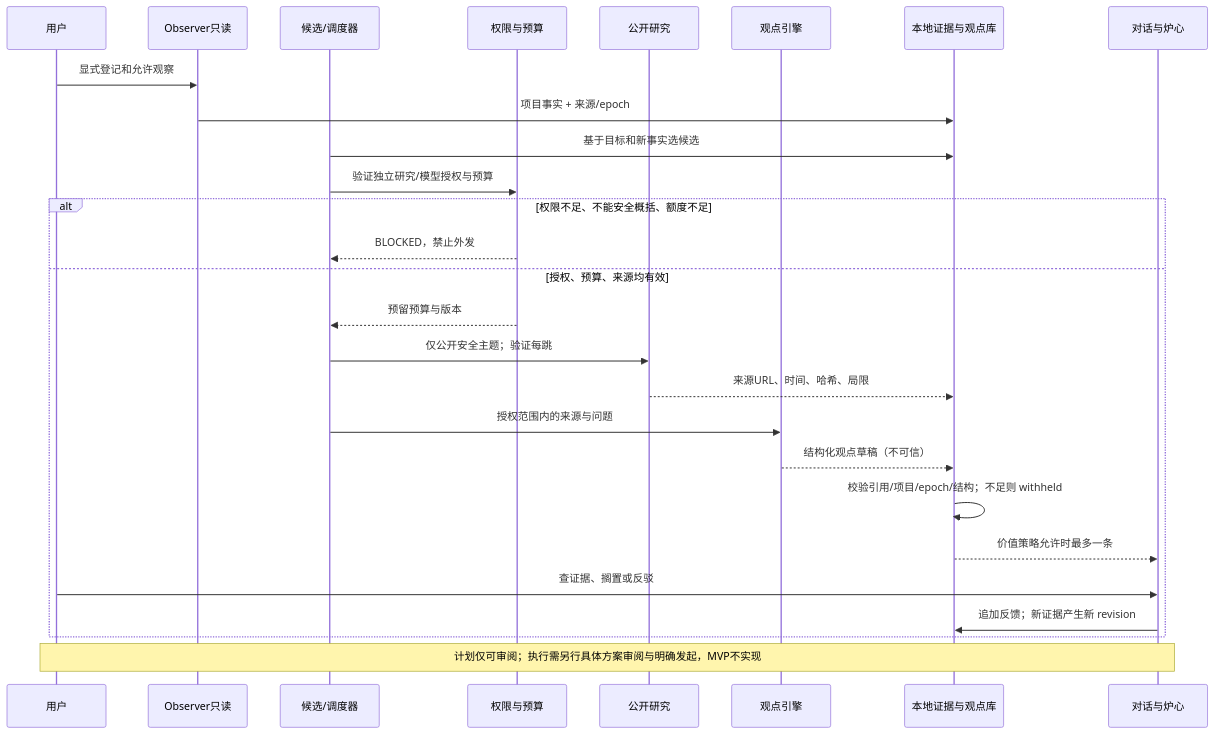
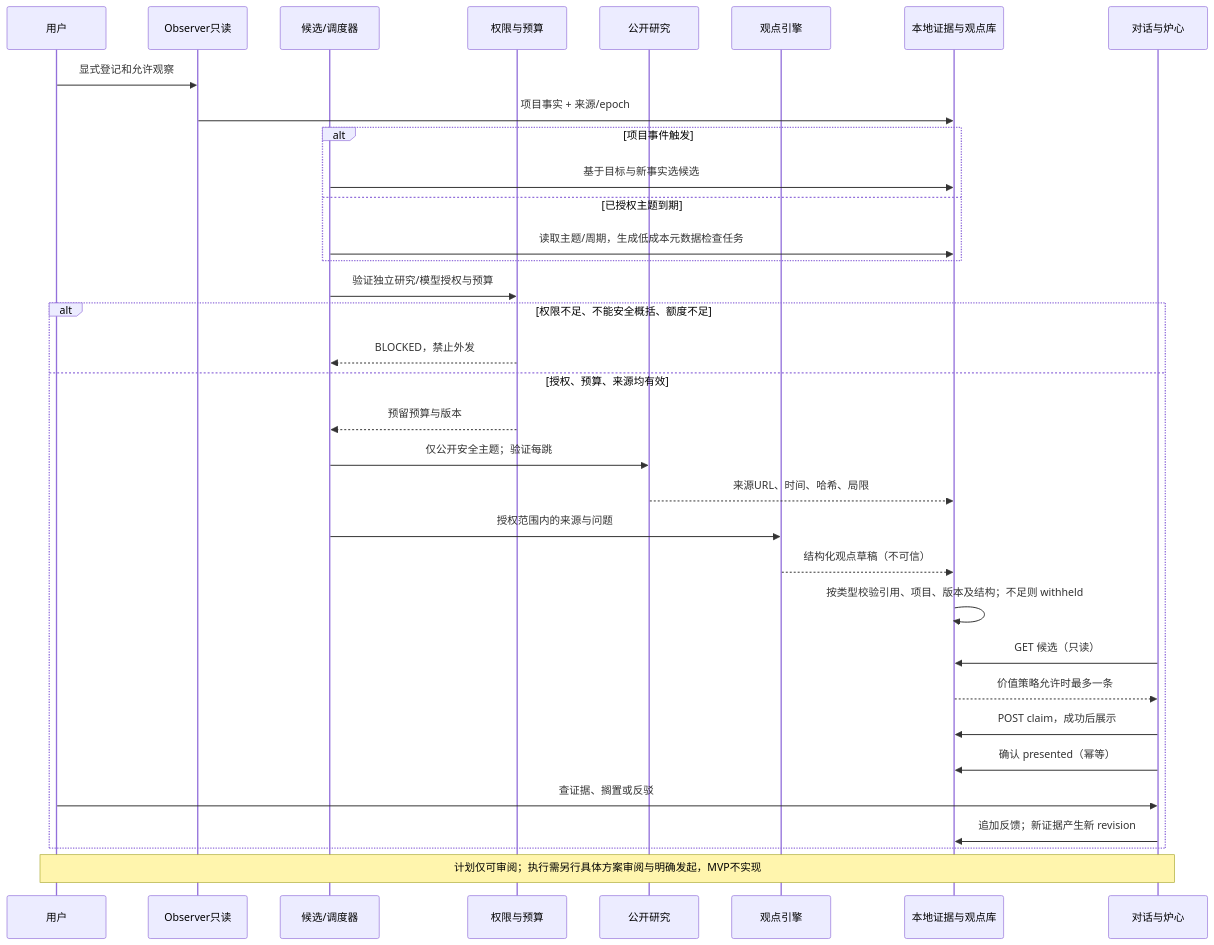
The first of 2 diagrams in docs/mvp/g0/02-contract-and-decisions.md (EchoTouch-moon/hark), drawn with Mermaid before and after one commit. The commit also changed other lines of this file and 10 other files, not shown here.

````diff
--- a/docs/mvp/g0/02-contract-and-decisions.md
+++ b/docs/mvp/g0/02-contract-and-decisions.md
@@ -81,29 +90,36 @@
 ```mermaid
 sequenceDiagram
  participant U as 用户
  participant O as Observer只读
  participant S as 候选/调度器
  participant P as 权限与预算
  participant R as 公开研究
  participant M as 观点引擎
  participant L as 本地证据与观点库
  participant V as 对话与炉心
  U->>O: 显式登记和允许观察
  O->>L: 项目事实 + 来源/epoch
- S->>L: 基于目标和新事实选候选
+ alt 项目事件触发
+  S->>L: 基于目标与新事实选候选
+ else 已授权主题到期
+  S->>L: 读取主题/周期，生成低成本元数据检查任务
+ end
  S->>P: 验证独立研究/模型授权与预算
  alt 权限不足、不能安全概括、额度不足
   P-->>S: BLOCKED，禁止外发
  else 授权、预算、来源均有效
   P-->>S: 预留预算与版本
   S->>R: 仅公开安全主题；验证每跳
   R-->>L: 来源URL、时间、哈希、局限
   S->>M: 授权范围内的来源与问题
   M-->>L: 结构化观点草稿（不可信）
-  L->>L: 校验引用/项目/epoch/结构；不足则 withheld
+  L->>L: 按类型校验引用、项目、版本及结构；不足则 withheld
+  V->>L: GET 候选（只读）
   L-->>V: 价值策略允许时最多一条
+  V->>L: POST claim，成功后展示
+  V->>L: 确认 presented（幂等）
   U->>V: 查证据、搁置或反驳
   V->>L: 追加反馈；新证据产生新 revision
  end
  Note over U,V: 计划仅可审阅；执行需另行具体方案审阅与明确发起，MVP不实现
 ```
````
